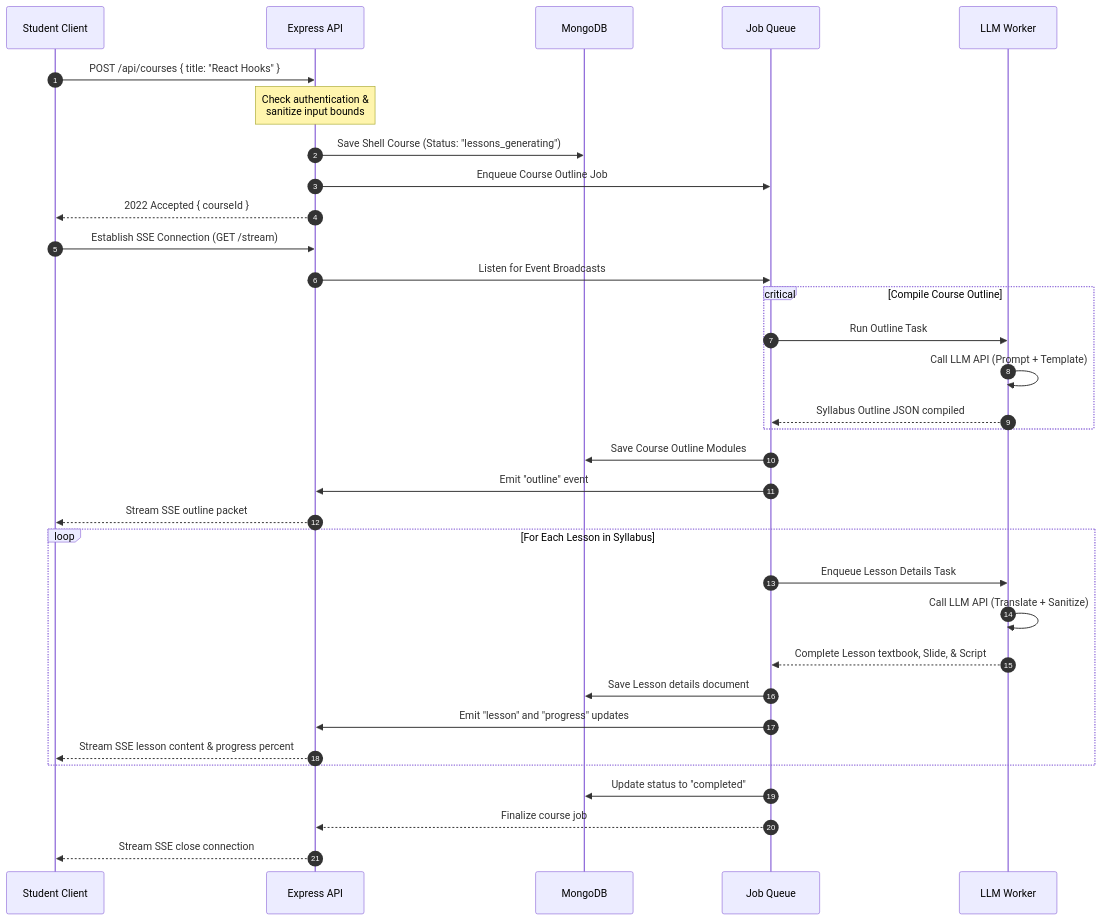
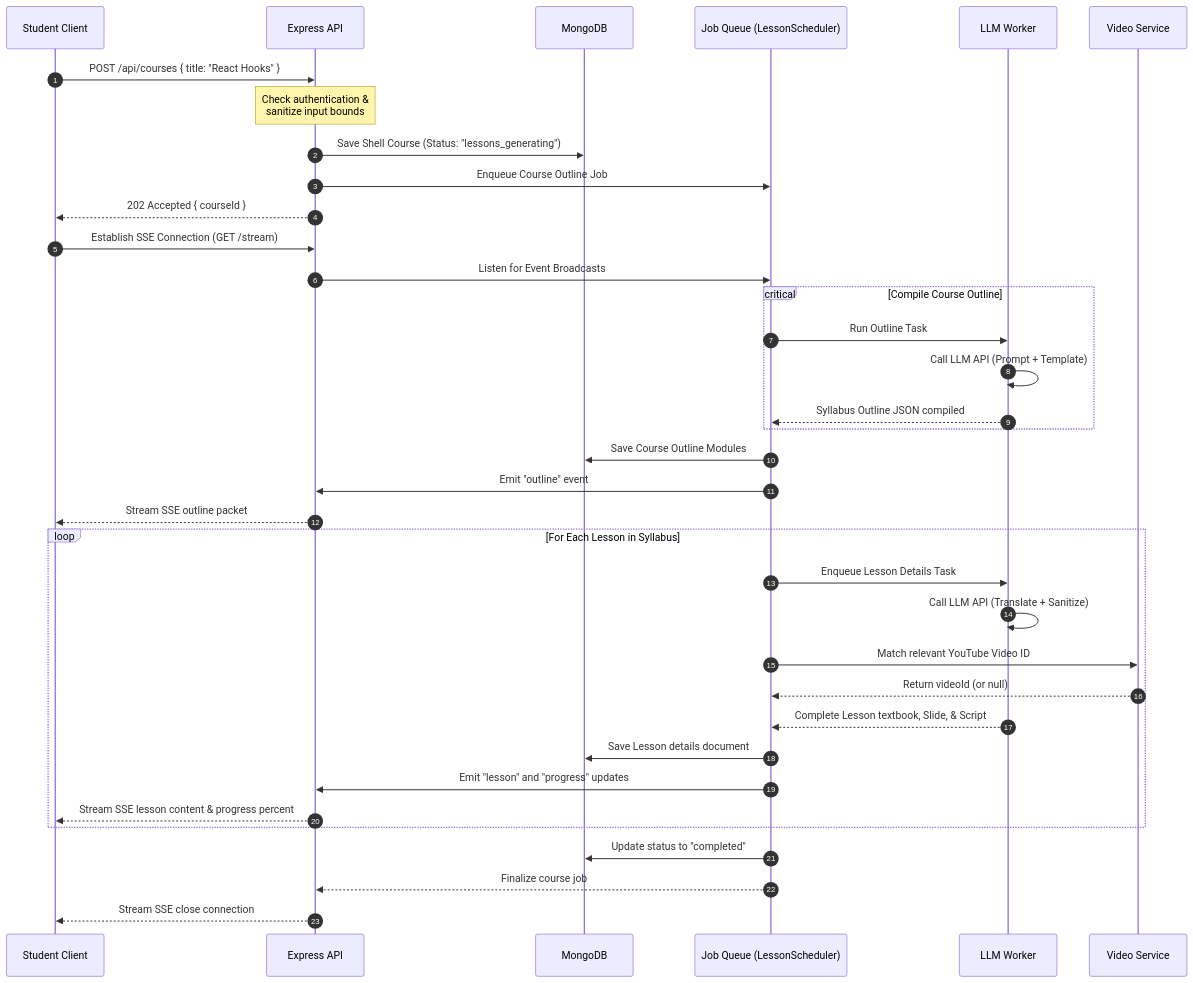
Before and after one commit to shubham-deshmukh/GenCourse-AI: the second of 4 diagrams in docs/architecture/overview.md, drawn with Mermaid. The commit also changed other lines of this file, not shown here.

Commit message:
docs(architecture): update overview with PDF scheduler, video service, and progress subsystems

````diff
--- a/docs/architecture/overview.md
+++ b/docs/architecture/overview.md
@@ -39,41 +56,44 @@
 ```mermaid
 sequenceDiagram
   autonumber
   participant User as Student Client
   participant Server as Express API
   participant DB as MongoDB
-  participant Queue as Job Queue
+  participant Queue as Job Queue (LessonScheduler)
   participant Worker as LLM Worker
+  participant Video as Video Service
 
   User->>Server: POST /api/courses { title: "React Hooks" }
   Note over Server: Check authentication &<br/>sanitize input bounds
   Server->>DB: Save Shell Course (Status: "lessons_generating")
   Server->>Queue: Enqueue Course Outline Job
-  Server-->>User: 2022 Accepted { courseId }
+  Server-->>User: 202 Accepted { courseId }
   
   User->>Server: Establish SSE Connection (GET /stream)
   Server->>Queue: Listen for Event Broadcasts
   
   critical Compile Course Outline
     Queue->>Worker: Run Outline Task
     Worker->>Worker: Call LLM API (Prompt + Template)
     Worker-->>Queue: Syllabus Outline JSON compiled
   end
 
   Queue->>DB: Save Course Outline Modules
   Queue->>Server: Emit "outline" event
   Server-->>User: Stream SSE outline packet
 
   loop For Each Lesson in Syllabus
     Queue->>Worker: Enqueue Lesson Details Task
     Worker->>Worker: Call LLM API (Translate + Sanitize)
+    Queue->>Video: Match relevant YouTube Video ID
+    Video-->>Queue: Return videoId (or null)
     Worker-->>Queue: Complete Lesson textbook, Slide, & Script
     Queue->>DB: Save Lesson details document
     Queue->>Server: Emit "lesson" and "progress" updates
     Server-->>User: Stream SSE lesson content & progress percent
   end
 
   Queue->>DB: Update status to "completed"
   Queue-->>Server: Finalize course job
   Server-->>User: Stream SSE close connection
 ```
````
